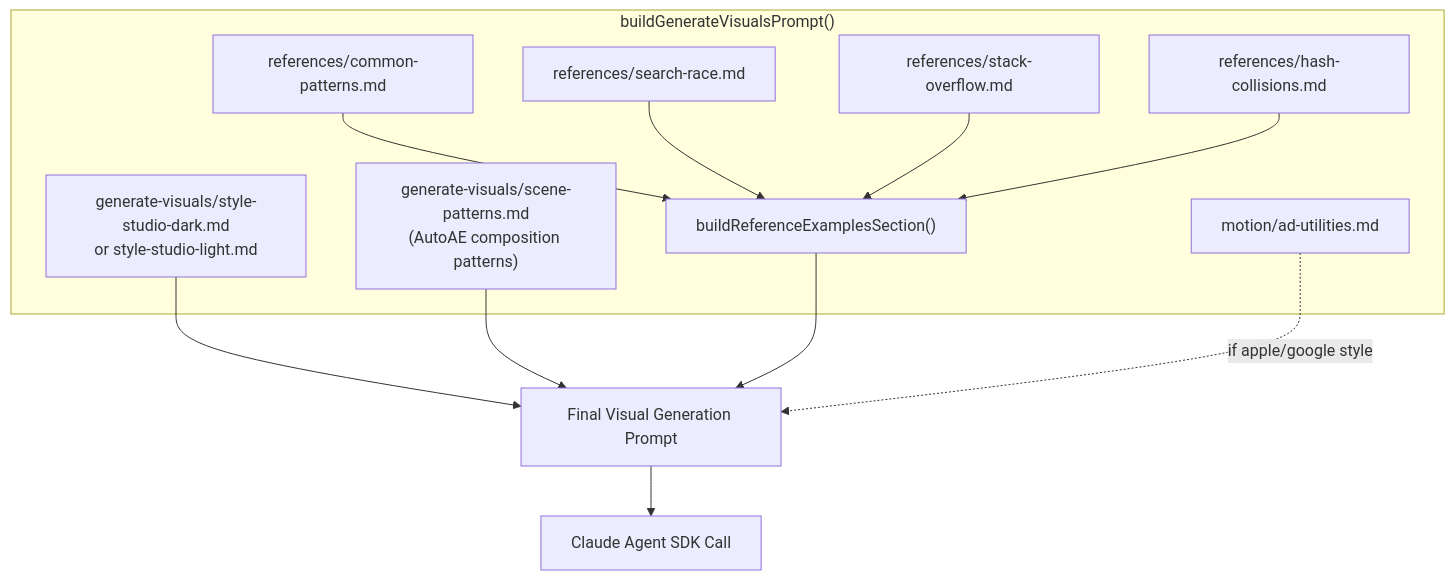
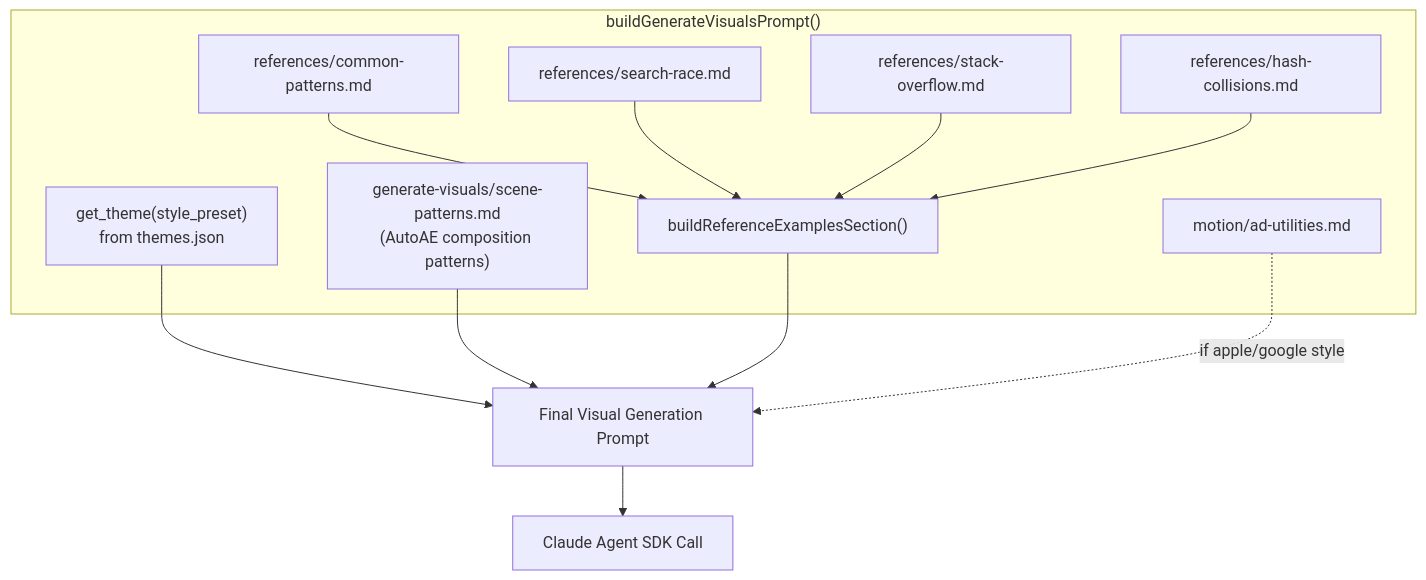
The sixth of 6 diagrams in packages/worker/src/prompts/README.md (rhythmshandlya/viona), drawn with Mermaid before and after one commit. The commit also changed other lines of this file and 5 other files, not shown here.

````diff
--- a/packages/worker/src/prompts/README.md
+++ b/packages/worker/src/prompts/README.md
@@ -294,25 +267,25 @@
 ```mermaid
 graph TB
     subgraph "buildGenerateVisualsPrompt()"
-        STYLE_G["generate-visuals/style-studio-dark.md<br/>or style-studio-light.md"]
+        STYLE_G["get_theme(style_preset)<br/>from themes.json"]
         SCENE_P["generate-visuals/scene-patterns.md<br/>(AutoAE composition patterns)"]
         REFS["buildReferenceExamplesSection()"]
         COMMON["references/common-patterns.md"]
         SEARCH["references/search-race.md"]
         STACK["references/stack-overflow.md"]
         HASH["references/hash-collisions.md"]
         MOTION["motion/ad-utilities.md"]
 
         COMMON --> REFS
         SEARCH --> REFS
         STACK --> REFS
         HASH --> REFS
     end
 
     STYLE_G --> PROMPT["Final Visual Generation Prompt"]
     SCENE_P --> PROMPT
     REFS --> PROMPT
     MOTION -.->|"if apple/google style"| PROMPT
 
     PROMPT --> SDK["Claude Agent SDK Call"]
 ```
````
